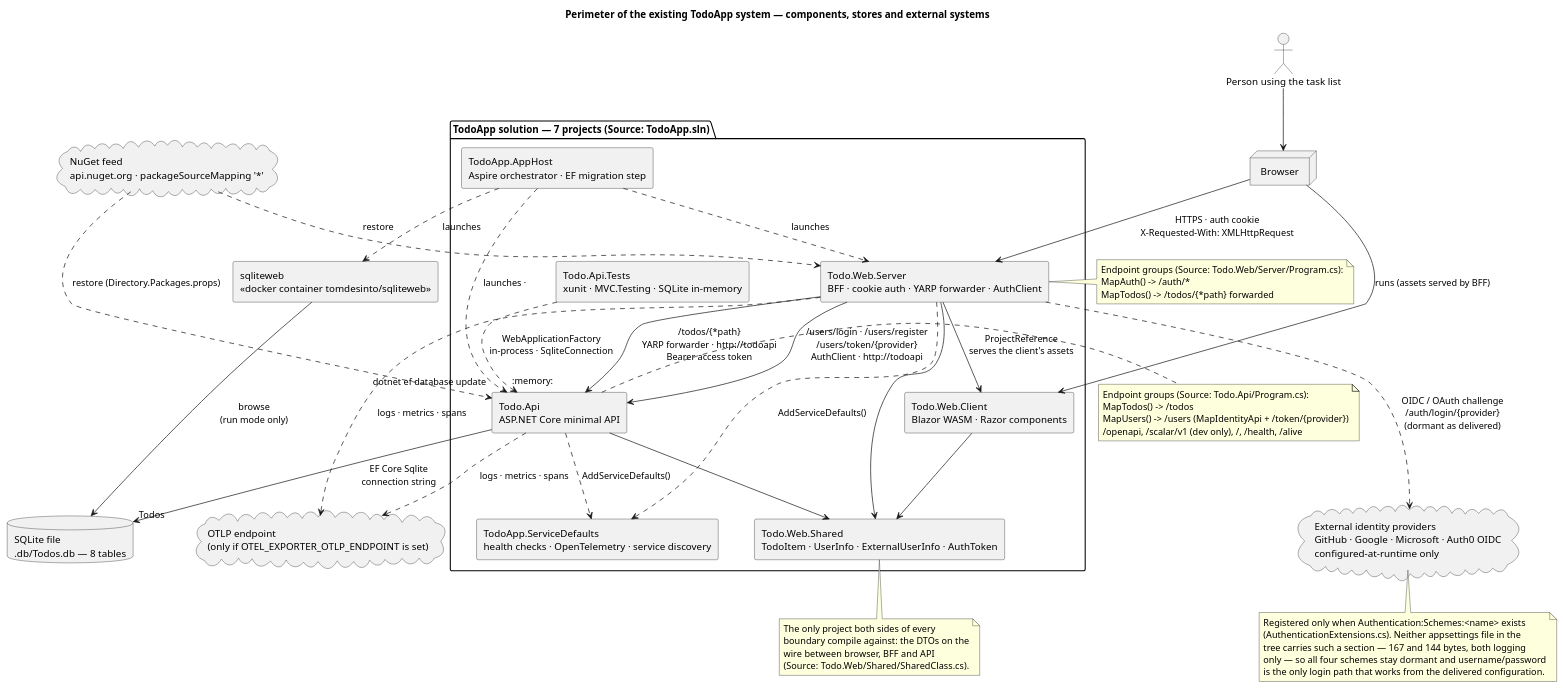
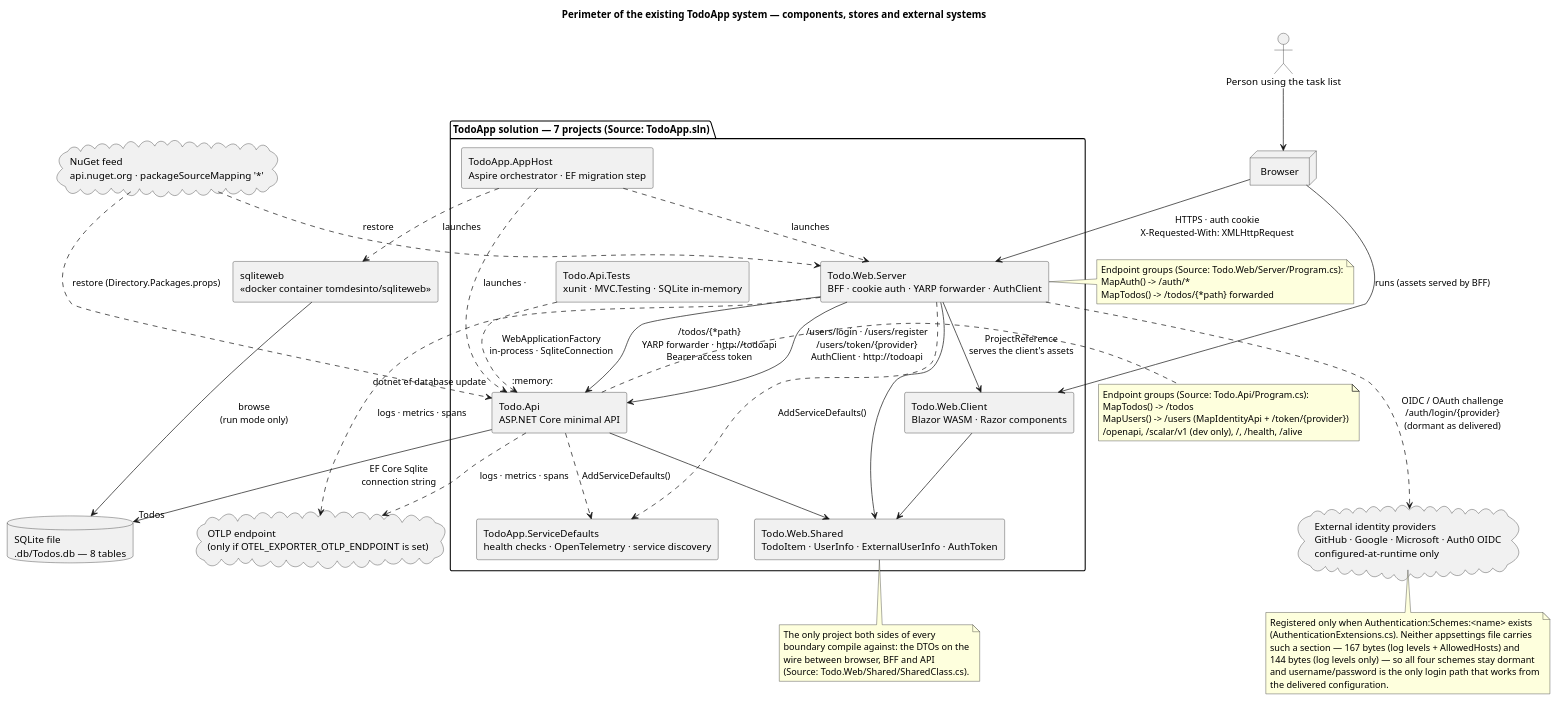
One commit to banense-test/TodoApp changed the first of 6 diagrams in docs/artifacts/discovery/system-inventory.md. Above: the diagram before and after it, drawn with PlantUML.

Commit message:
Software Archaeologist [Survey2]: upsert System Inventory
[skip ci]

````diff
--- a/docs/artifacts/discovery/system-inventory.md
+++ b/docs/artifacts/discovery/system-inventory.md
@@ -11,74 +11,75 @@
 ```plantuml
 @startuml
 title Perimeter of the existing TodoApp system — components, stores and external systems
 skinparam componentStyle rectangle
 skinparam shadowing false
 
 actor "Person using the task list" as USER
 
 package "TodoApp solution — 7 projects (Source: TodoApp.sln)" {
   component "Todo.Web.Client\nBlazor WASM · Razor components" as WASM
   component "Todo.Web.Shared\nTodoItem · UserInfo · ExternalUserInfo · AuthToken" as SHARED
   component "Todo.Web.Server\nBFF · cookie auth · YARP forwarder · AuthClient" as BFF
   component "Todo.Api\nASP.NET Core minimal API" as API
   component "TodoApp.ServiceDefaults\nhealth checks · OpenTelemetry · service discovery" as SD
   component "TodoApp.AppHost\nAspire orchestrator · EF migration step" as APPHOST
   component "Todo.Api.Tests\nxunit · MVC.Testing · SQLite in-memory" as TESTS
 }
 
 node "Browser" as BROWSER
 database "SQLite file\n.db/Todos.db — 8 tables" as DB
 component "sqliteweb\n<<docker container tomdesinto/sqliteweb>>" as SQLWEB
 cloud "External identity providers\nGitHub · Google · Microsoft · Auth0 OIDC\nconfigured-at-runtime only" as EXT
 cloud "OTLP endpoint\n(only if OTEL_EXPORTER_OTLP_ENDPOINT is set)" as OTLP
 cloud "NuGet feed\napi.nuget.org · packageSourceMapping '*'" as NUGET
 
 USER --> BROWSER
 BROWSER --> WASM : runs (assets served by BFF)
 BROWSER --> BFF : HTTPS · auth cookie\nX-Requested-With: XMLHttpRequest
 BFF --> API : /todos/{*path}\nYARP forwarder · http://todoapi\nBearer access token
 BFF --> API : /users/login · /users/register\n/users/token/{provider}\nAuthClient · http://todoapi
 BFF -.-> EXT : OIDC / OAuth challenge\n/auth/login/{provider}\n(dormant as delivered)
 API --> DB : EF Core Sqlite\nconnection string "Todos"
 SQLWEB --> DB : browse\n(run mode only)
 APPHOST ..> API : launches · "dotnet ef database update"
 APPHOST ..> BFF : launches
 APPHOST ..> SQLWEB : launches
 API ..> SD : AddServiceDefaults()
 BFF ..> SD : AddServiceDefaults()
 TESTS ..> API : WebApplicationFactory\nin-process · SqliteConnection ":memory:"
 API ..> OTLP : logs · metrics · spans
 BFF ..> OTLP : logs · metrics · spans
 NUGET ..> API : restore (Directory.Packages.props)
 NUGET ..> BFF : restore
 BFF --> WASM : ProjectReference\nserves the client's assets
 BFF --> SHARED
 WASM --> SHARED
 API --> SHARED
 
 note right of API
   Endpoint groups (Source: Todo.Api/Program.cs):
   MapTodos() -> /todos
   MapUsers() -> /users (MapIdentityApi + /token/{provider})
   /openapi, /scalar/v1 (dev only), /, /health, /alive
 end note
 note right of BFF
   Endpoint groups (Source: Todo.Web/Server/Program.cs):
   MapAuth() -> /auth/*
   MapTodos() -> /todos/{*path} forwarded
 end note
 note bottom of SHARED
   The only project both sides of every
   boundary compile against: the DTOs on the
   wire between browser, BFF and API
   (Source: Todo.Web/Shared/SharedClass.cs).
 end note
 note bottom of EXT
   Registered only when Authentication:Schemes:<name> exists
-  (AuthenticationExtensions.cs). Neither appsettings file in the
-  tree carries such a section — 167 and 144 bytes, both logging
-  only — so all four schemes stay dormant and username/password
-  is the only login path that works from the delivered configuration.
+  (AuthenticationExtensions.cs). Neither appsettings file carries
+  such a section — 167 bytes (log levels + AllowedHosts) and
+  144 bytes (log levels only) — so all four schemes stay dormant
+  and username/password is the only login path that works from
+  the delivered configuration.
 end note
 @enduml
 ```
````
